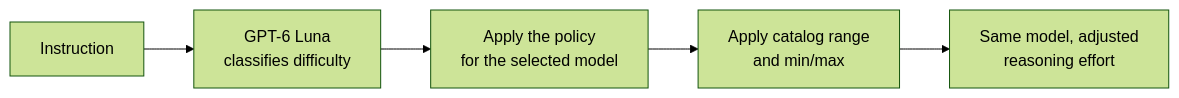
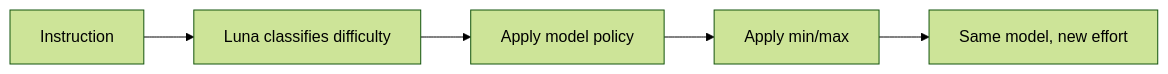
One commit to MametaroGG/OpenCode-Codex-AutoReasoning changed the diagram in README.en.md. Above: the diagram before and after it, drawn with Mermaid (forest theme). The commit also changed 1 other file, not shown here.

Commit message:
Shorten Mermaid diagram labels to avoid awkward Japanese line breaks
Keep each node label short enough to render on one line in the GitHub Mermaid diagram, in both READMEs.

````diff
--- a/README.en.md
+++ b/README.en.md
@@ -18,7 +18,7 @@
 ```mermaid
 flowchart LR
-    A[Instruction] --> B[GPT-6 Luna<br/>classifies difficulty]
-    B --> C[Apply the policy<br/>for the selected model]
-    C --> D[Apply catalog range<br/>and min/max]
-    D --> E[Same model, adjusted<br/>reasoning effort]
+    A[Instruction] --> B[Luna classifies difficulty]
+    B --> C[Apply model policy]
+    C --> D[Apply min/max]
+    D --> E[Same model, new effort]
 ```
````
